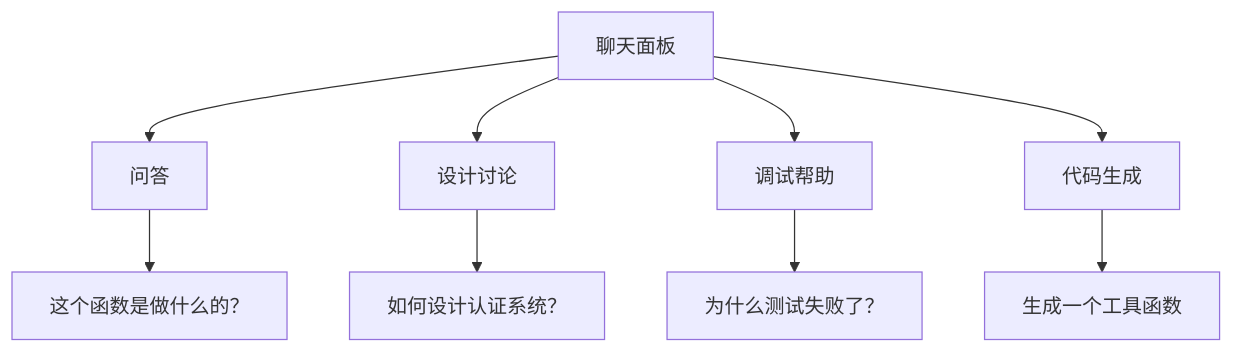
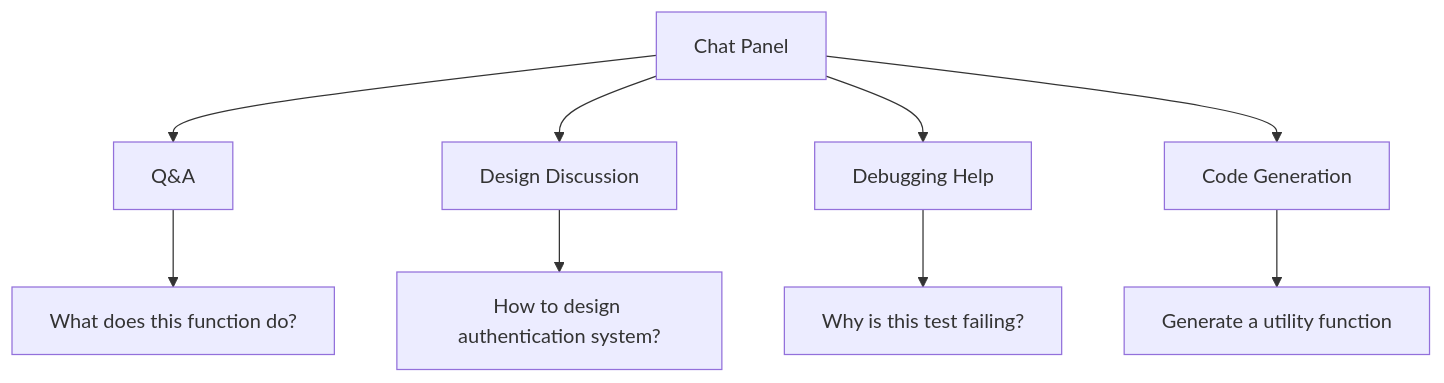
The first of 3 diagrams in 04-chat/README.md (DDR187/cursor-howto), drawn with Mermaid before and after one commit. The commit also changed other lines of this file and 22 other files, not shown here.

````diff
--- a/04-chat/README.md
+++ b/04-chat/README.md
@@ -29,12 +29,12 @@
 ```mermaid
 flowchart TB
-    A[聊天面板] --> B[问答]
-    A --> C[设计讨论]
-    A --> D[调试帮助]
-    A --> E[代码生成]
+    A[Chat Panel] --> B[Q&A]
+    A --> C[Design Discussion]
+    A --> D[Debugging Help]
+    A --> E[Code Generation]
     
-    B --> B1["这个函数是做什么的？"]
-    C --> C1["如何设计认证系统？"]
-    D --> D1["为什么测试失败了？"]
-    E --> E1["生成一个工具函数"]
+    B --> B1["What does this function do?"]
+    C --> C1["How to design authentication system?"]
+    D --> D1["Why is this test failing?"]
+    E --> E1["Generate a utility function"]
 ```
````
